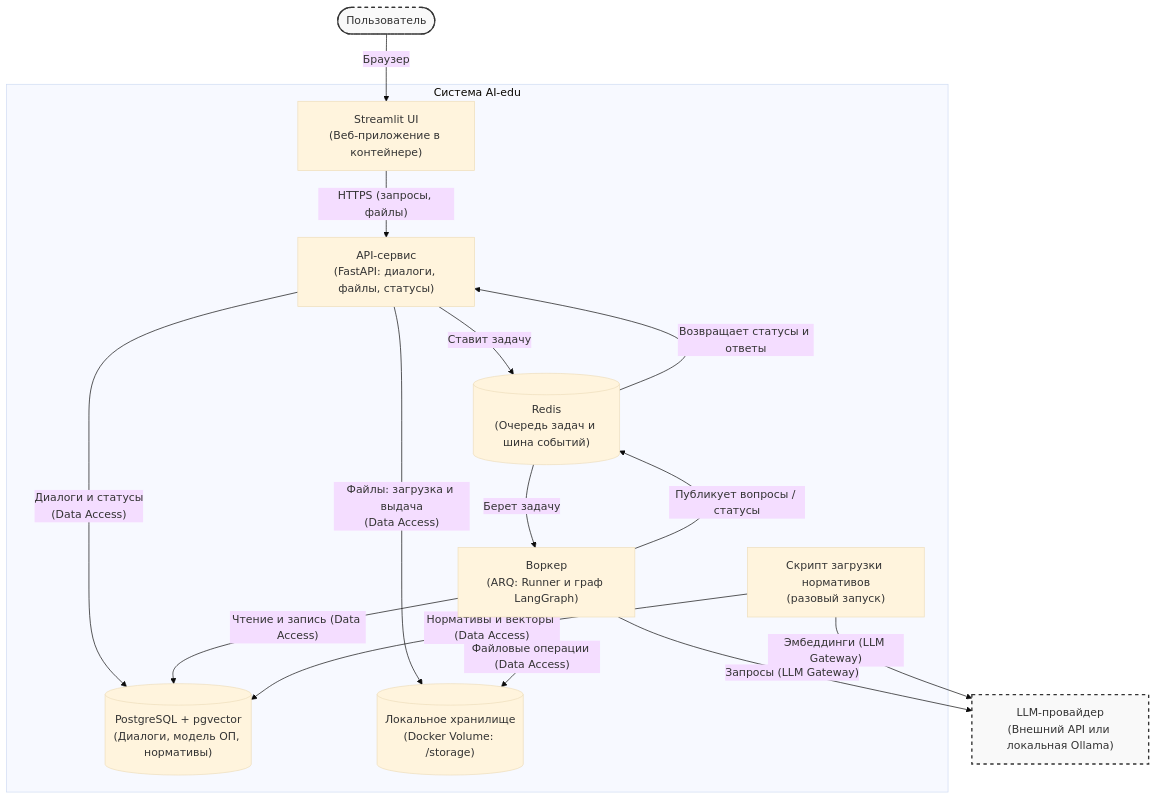
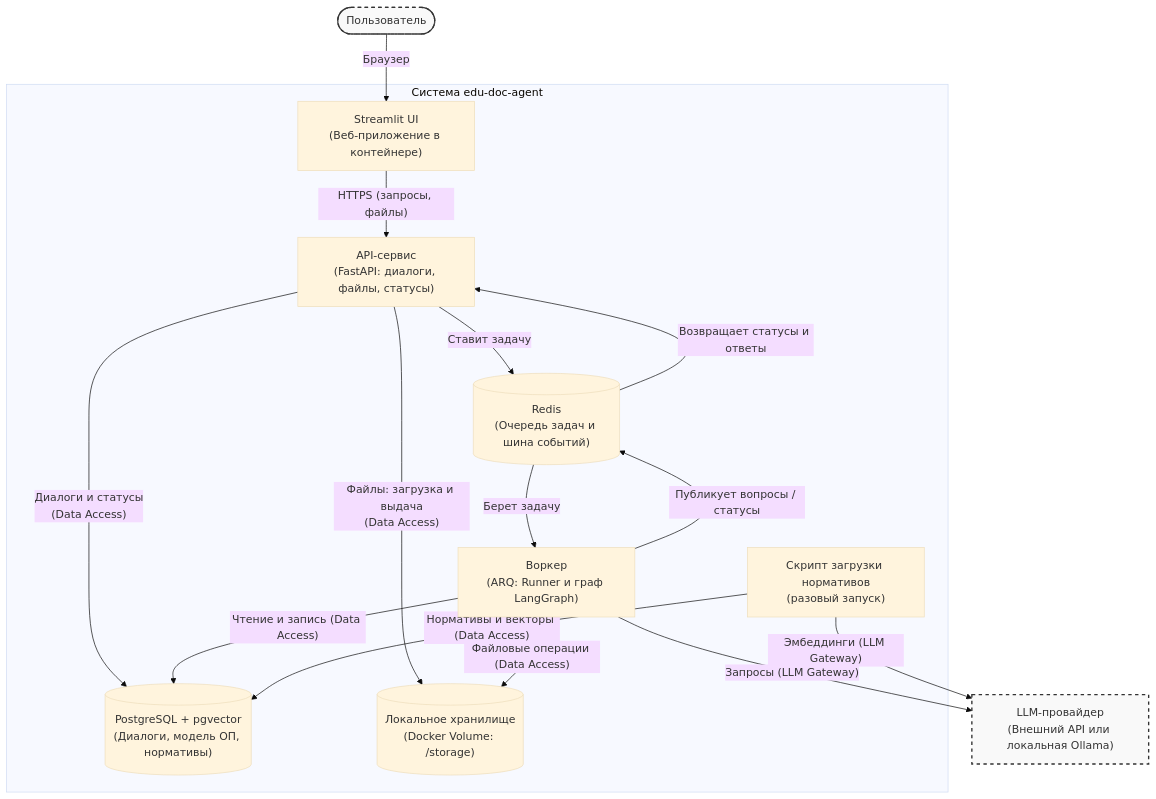
One commit to Apophis142/edu-doc-agent changed the second of 3 diagrams in docs/backend-architecture.md. Above: the diagram before and after it, drawn with Mermaid (base theme). The commit also changed other lines of this file and 2 other files, not shown here.

Commit message:
docs(architecture): small fixes after review

````diff
--- a/docs/backend-architecture.md
+++ b/docs/backend-architecture.md
@@ -58,37 +59,37 @@
 ```mermaid
 flowchart TB
     USER(["Пользователь"])
 
-    subgraph System ["Система AI-edu"]
+    subgraph System ["Система edu-doc-agent"]
         UI["Streamlit UI<br/>(Веб-приложение в контейнере)"]
         API["API-сервис<br/>(FastAPI: диалоги, файлы, статусы)"]
         REDIS[("Redis<br/>(Очередь задач и шина событий)")]
 
         WORKER["Воркер<br/>(ARQ: Runner и граф LangGraph)"]
         SEED["Скрипт загрузки нормативов<br/>(разовый запуск)"]
 
         DB[("PostgreSQL + pgvector<br/>(Диалоги, модель ОП, нормативы)")]
         FS[("Локальное хранилище<br/>(Docker Volume: /storage)")]
     end
 
     LLM["LLM-провайдер<br/>(Внешний API или локальная Ollama)"]
 
     USER -- "Браузер" --> UI
     UI -- "HTTPS (запросы, файлы)" --> API
     API -- "Ставит задачу" --> REDIS
     REDIS -- "Берет задачу" --> WORKER
     WORKER -- "Публикует вопросы / статусы" --> REDIS
     REDIS -- "Возвращает статусы и ответы" --> API
 
     API -- "Файлы: загрузка и выдача<br/>(Data Access)" --> FS
     API -- "Диалоги и статусы<br/>(Data Access)" --> DB
     WORKER -- "Чтение и запись (Data Access)" --> DB
     WORKER -- "Файловые операции (Data Access)" --> FS
     WORKER -- "Запросы (LLM Gateway)" --> LLM
     SEED -- "Нормативы и векторы (Data Access)" --> DB
     SEED -- "Эмбеддинги (LLM Gateway)" --> LLM
 
     classDef external fill:#f9f9f9,stroke:#333,stroke-width:2px,stroke-dasharray: 5 5;
     class USER,LLM external;
 
 ```
````
